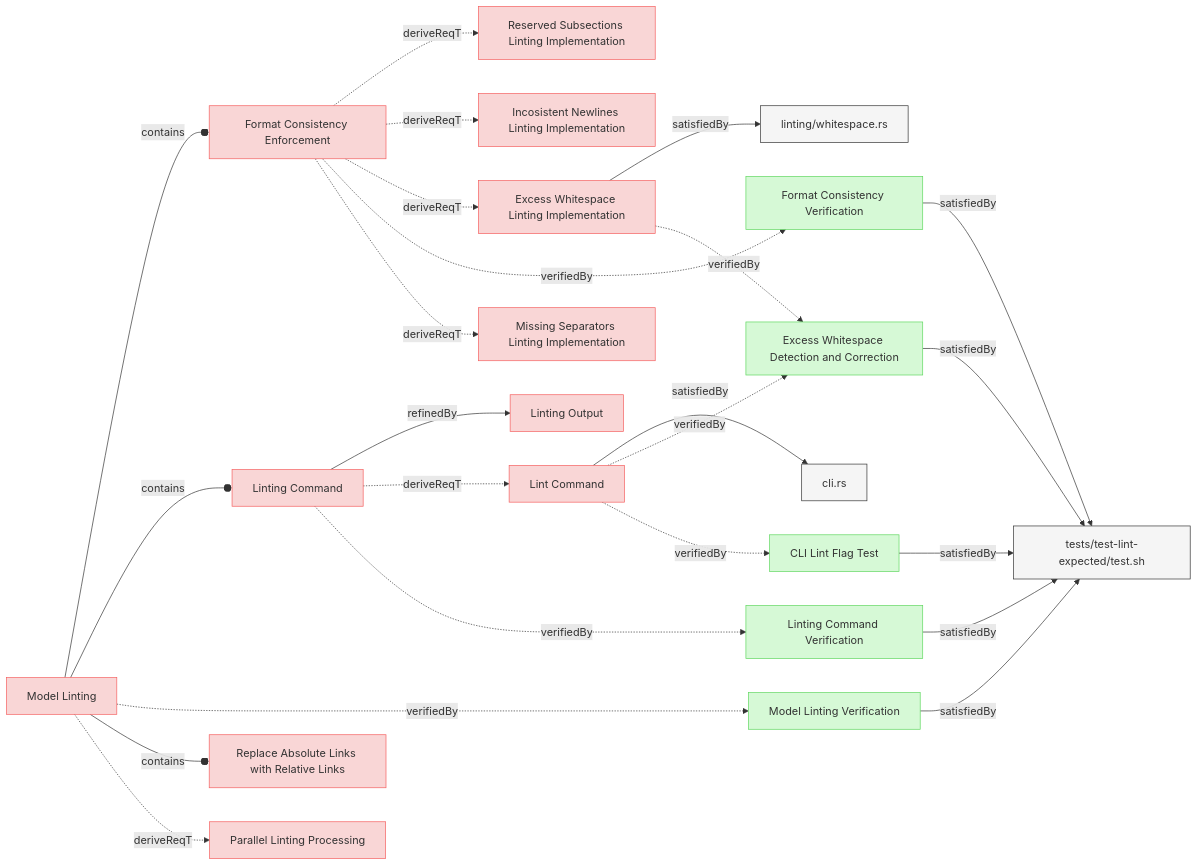
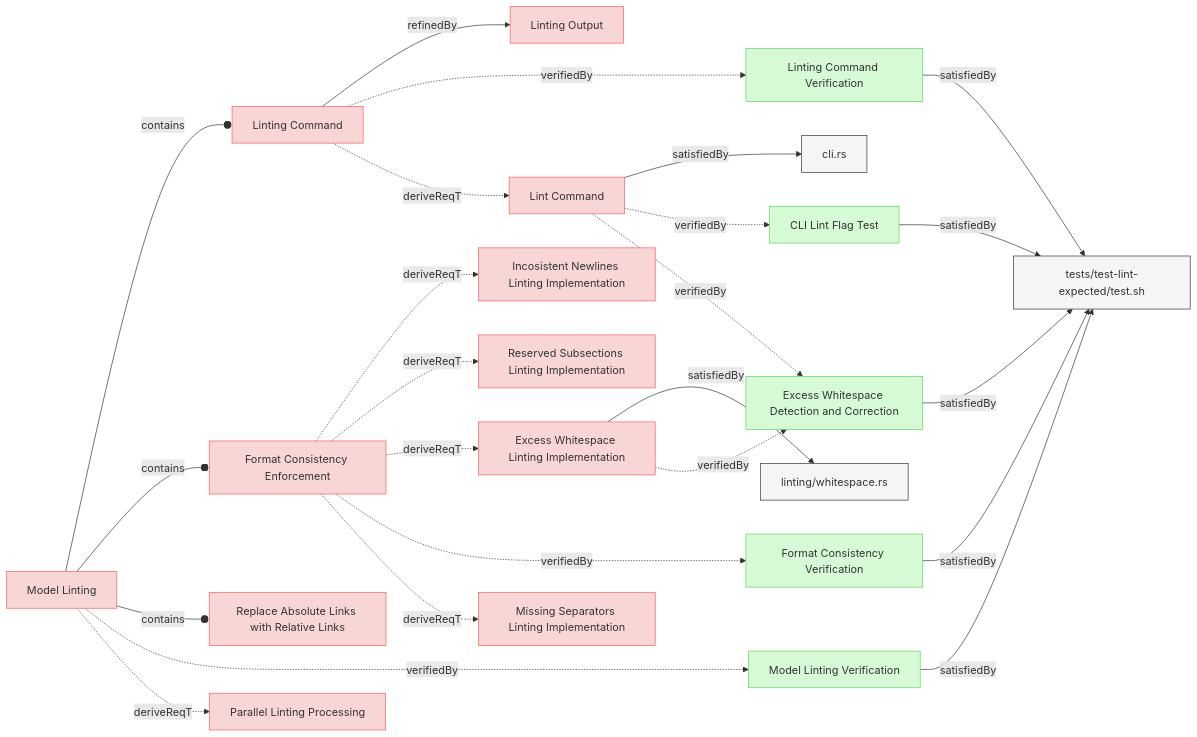
Before and after one commit to reqvire-org/reqvire: the first of 3 diagrams in specifications/Verifications/LintingTests.md, drawn with Mermaid. The commit also changed other lines of this file and 15 other files, not shown here.

First line of the commit message:
docs: Update auto-generated diagrams with new requirement traceability

````diff
--- a/specifications/Verifications/LintingTests.md
+++ b/specifications/Verifications/LintingTests.md
@@ -6,32 +6,12 @@
 ```mermaid
 graph LR;
+  %% REQVIRE-AUTOGENERATED-DIAGRAM
   %% Graph styling
   classDef requirement fill:#f9d6d6,stroke:#f55f5f,stroke-width:1px;
   classDef verification fill:#d6f9d6,stroke:#5fd75f,stroke-width:1px;
   classDef externalLink fill:#d0e0ff,stroke:#3080ff,stroke-width:1px;
   classDef default fill:#f5f5f5,stroke:#333333,stroke-width:1px;
 
-  6481e4ca8c4d6920["Model Linting Verification"];
-  class 6481e4ca8c4d6920 verification;
-  click 6481e4ca8c4d6920 "LintingTests.md#model-linting-verification";
-  a606311f33e42901["tests/test-lint-expected/test.sh"];
-  class a606311f33e42901 default;
-  click a606311f33e42901 "../../tests/test-lint-expected/test.sh";
-  6481e4ca8c4d6920 -->|satisfiedBy| a606311f33e42901;
-  37dbb69e504fec9d["Excess Whitespace Detection and Correction"];
-  class 37dbb69e504fec9d verification;
-  click 37dbb69e504fec9d "LintingTests.md#excess-whitespace-detection-and-correction";
-  a606311f33e42901["tests/test-lint-expected/test.sh"];
-  class a606311f33e42901 default;
-  click a606311f33e42901 "../../tests/test-lint-expected/test.sh";
-  37dbb69e504fec9d -->|satisfiedBy| a606311f33e42901;
-  b8bfbd5ccf026b31["Format Consistency Verification"];
-  class b8bfbd5ccf026b31 verification;
-  click b8bfbd5ccf026b31 "LintingTests.md#format-consistency-verification";
-  a606311f33e42901["tests/test-lint-expected/test.sh"];
-  class a606311f33e42901 default;
-  click a606311f33e42901 "../../tests/test-lint-expected/test.sh";
-  b8bfbd5ccf026b31 -->|satisfiedBy| a606311f33e42901;
   706dca24b7cc1eb8["CLI Lint Flag Test"];
   class 706dca24b7cc1eb8 verification;
   click 706dca24b7cc1eb8 "LintingTests.md#cli-lint-flag-test";
@@ -46,17 +26,50 @@
   class a606311f33e42901 default;
   click a606311f33e42901 "../../tests/test-lint-expected/test.sh";
   a8037b2df81f02be -->|satisfiedBy| a606311f33e42901;
+  b8bfbd5ccf026b31["Format Consistency Verification"];
+  class b8bfbd5ccf026b31 verification;
+  click b8bfbd5ccf026b31 "LintingTests.md#format-consistency-verification";
+  a606311f33e42901["tests/test-lint-expected/test.sh"];
+  class a606311f33e42901 default;
+  click a606311f33e42901 "../../tests/test-lint-expected/test.sh";
+  b8bfbd5ccf026b31 -->|satisfiedBy| a606311f33e42901;
+  37dbb69e504fec9d["Excess Whitespace Detection and Correction"];
+  class 37dbb69e504fec9d verification;
+  click 37dbb69e504fec9d "LintingTests.md#excess-whitespace-detection-and-correction";
+  a606311f33e42901["tests/test-lint-expected/test.sh"];
+  class a606311f33e42901 default;
+  click a606311f33e42901 "../../tests/test-lint-expected/test.sh";
+  37dbb69e504fec9d -->|satisfiedBy| a606311f33e42901;
+  6481e4ca8c4d6920["Model Linting Verification"];
+  class 6481e4ca8c4d6920 verification;
+  click 6481e4ca8c4d6920 "LintingTests.md#model-linting-verification";
+  a606311f33e42901["tests/test-lint-expected/test.sh"];
+  class a606311f33e42901 default;
+  click a606311f33e42901 "../../tests/test-lint-expected/test.sh";
+  6481e4ca8c4d6920 -->|satisfiedBy| a606311f33e42901;
+  a51179cda67cf9f2["Linting Command"];
+  class a51179cda67cf9f2 requirement;
+  click a51179cda67cf9f2 "../UserRequirements.md#linting-command";
+  26fdf88d16b09109["Linting Output"];
+  class 26fdf88d16b09109 requirement;
+  click 26fdf88d16b09109 "../UserRequirements.md#linting-output";
+  a51179cda67cf9f2 -->|refinedBy| 26fdf88d16b09109;
+  a51179cda67cf9f2 -.->|verifiedBy| a8037b2df81f02be;
+  deaec107945edbed["Lint Command"];
+  class deaec107945edbed requirement;
+  click deaec107945edbed "../SystemRequirements/Requirements.md#lint-command";
+  a51179cda67cf9f2 -.->|deriveReqT| deaec107945edbed;
   974ccf933675ef44["Format Consistency Enforcement"];
   class 974ccf933675ef44 requirement;
   click 974ccf933675ef44 "../UserRequirements.md#format-consistency-enforcement";
+  7d44a9de72f2ed11["Incosistent Newlines Linting Implementation"];
+  class 7d44a9de72f2ed11 requirement;
+  click 7d44a9de72f2ed11 "../SystemRequirements/Requirements.md#incosistent-newlines-linting-implementation";
+  974ccf933675ef44 -.->|deriveReqT| 7d44a9de72f2ed11;
   a7bd845c64d1685e["Reserved Subsections Linting Implementation"];
   class a7bd845c64d1685e requirement;
   click a7bd845c64d1685e "../SystemRequirements/Requirements.md#reserved-subsections-linting-implementation";
   974ccf933675ef44 -.->|deriveReqT| a7bd845c64d1685e;
-  7d44a9de72f2ed11["Incosistent Newlines Linting Implementation"];
-  class 7d44a9de72f2ed11 requirement;
-  click 7d44a9de72f2ed11 "../SystemRequirements/Requirements.md#incosistent-newlines-linting-implementation";
-  974ccf933675ef44 -.->|deriveReqT| 7d44a9de72f2ed11;
   9f473f6e0b993cac["Excess Whitespace Linting Implementation"];
   class 9f473f6e0b993cac requirement;
   click 9f473f6e0b993cac "../SystemRequirements/Requirements.md#excess-whitespace-linting-implementation";
@@ -66,32 +79,6 @@
   class 719bf8b75772947d requirement;
   click 719bf8b75772947d "../SystemRequirements/Requirements.md#missing-separators-linting-implementation";
   974ccf933675ef44 -.->|deriveReqT| 719bf8b75772947d;
-  a51179cda67cf9f2["Linting Command"];
-  class a51179cda67cf9f2 requirement;
-  click a51179cda67cf9f2 "../UserRequirements.md#linting-command";
-  26fdf88d16b09109["Linting Output"];
-  class 26fdf88d16b09109 requirement;
-  click 26fdf88d16b09109 "../UserRequirements.md#linting-output";
-  a51179cda67cf9f2 -->|refinedBy| 26fdf88d16b09109;
-  deaec107945edbed["Lint Command"];
-  class deaec107945edbed requirement;
-  click deaec107945edbed "../SystemRequirements/Requirements.md#lint-command";
-  a51179cda67cf9f2 -.->|deriveReqT| deaec107945edbed;
-  a51179cda67cf9f2 -.->|verifiedBy| a8037b2df81f02be;
-  7305c1d6f7f1e2b2["Model Linting"];
-  class 7305c1d6f7f1e2b2 requirement;
-  click 7305c1d6f7f1e2b2 "../UserRequirements.md#model-linting";
-  7305c1d6f7f1e2b2 --o|contains| 974ccf933675ef44;
-  7305c1d6f7f1e2b2 --o|contains| a51179cda67cf9f2;
-  7305c1d6f7f1e2b2 -.->|verifiedBy| 6481e4ca8c4d6920;
-  8dfe33c28555e80a["Replace Absolute Links with Relative Links"];
-  class 8dfe33c28555e80a requirement;
-  click 8dfe33c28555e80a "../UserRequirements.md#replace-absolute-links-with-relative-links";
-  7305c1d6f7f1e2b2 --o|contains| 8dfe33c28555e80a;
-  47401bd64e231632["Parallel Linting Processing"];
-  class 47401bd64e231632 requirement;
-  click 47401bd64e231632 "../SystemRequirements/Requirements.md#parallel-linting-processing";
-  7305c1d6f7f1e2b2 -.->|deriveReqT| 47401bd64e231632;
   63a0f5a33e87fcee["linting/whitespace.rs"];
   class 63a0f5a33e87fcee default;
   click 63a0f5a33e87fcee "../../core/src/linting/whitespace.rs";
@@ -101,6 +88,20 @@
   class 80defdd4cbc7ee18 default;
   click 80defdd4cbc7ee18 "../../cli/src/cli.rs";
   deaec107945edbed -->|satisfiedBy| 80defdd4cbc7ee18;
+  deaec107945edbed -.->|verifiedBy| 706dca24b7cc1eb8;
   deaec107945edbed -.->|verifiedBy| 37dbb69e504fec9d;
-  deaec107945edbed -.->|verifiedBy| 706dca24b7cc1eb8;
+  7305c1d6f7f1e2b2["Model Linting"];
+  class 7305c1d6f7f1e2b2 requirement;
+  click 7305c1d6f7f1e2b2 "../UserRequirements.md#model-linting";
+  7305c1d6f7f1e2b2 --o|contains| a51179cda67cf9f2;
+  7305c1d6f7f1e2b2 --o|contains| 974ccf933675ef44;
+  8dfe33c28555e80a["Replace Absolute Links with Relative Links"];
+  class 8dfe33c28555e80a requirement;
+  click 8dfe33c28555e80a "../UserRequirements.md#replace-absolute-links-with-relative-links";
+  7305c1d6f7f1e2b2 --o|contains| 8dfe33c28555e80a;
+  7305c1d6f7f1e2b2 -.->|verifiedBy| 6481e4ca8c4d6920;
+  47401bd64e231632["Parallel Linting Processing"];
+  class 47401bd64e231632 requirement;
+  click 47401bd64e231632 "../SystemRequirements/Requirements.md#parallel-linting-processing";
+  7305c1d6f7f1e2b2 -.->|deriveReqT| 47401bd64e231632;
 ```
````
